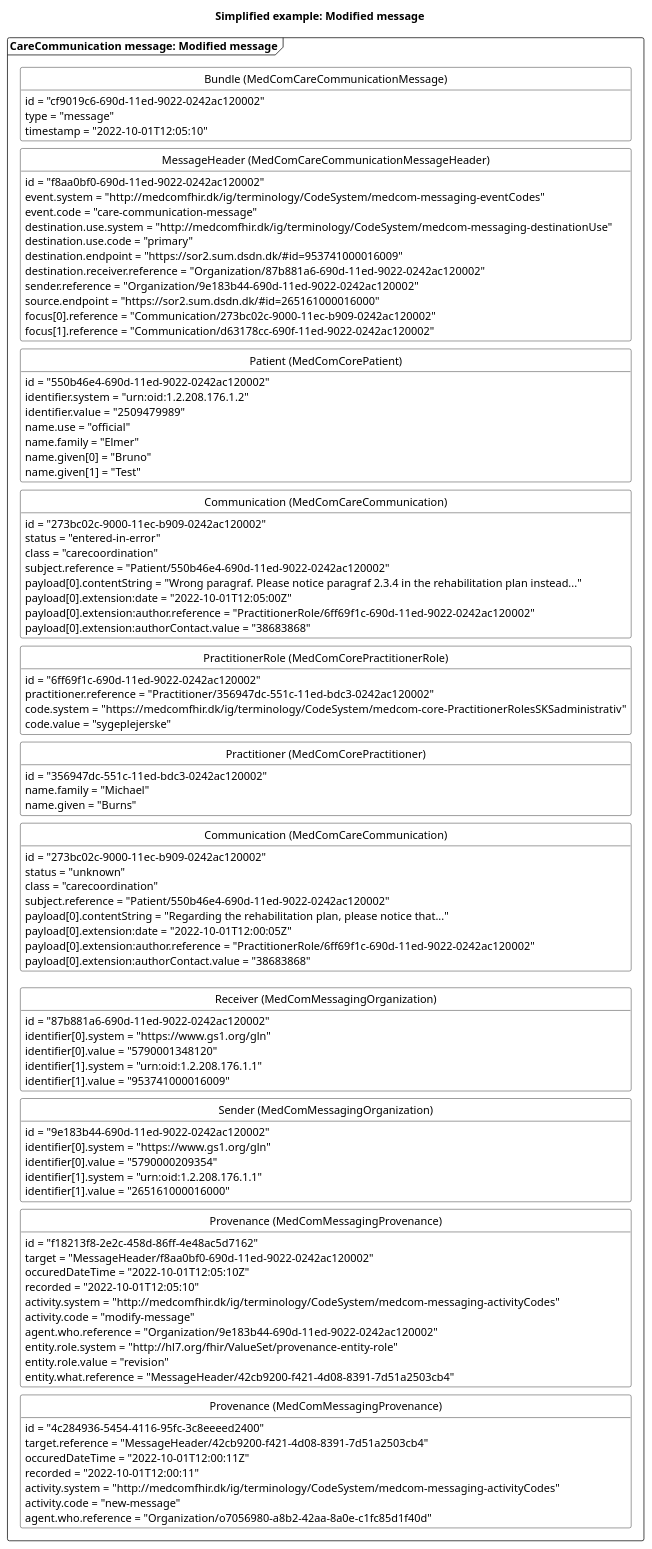
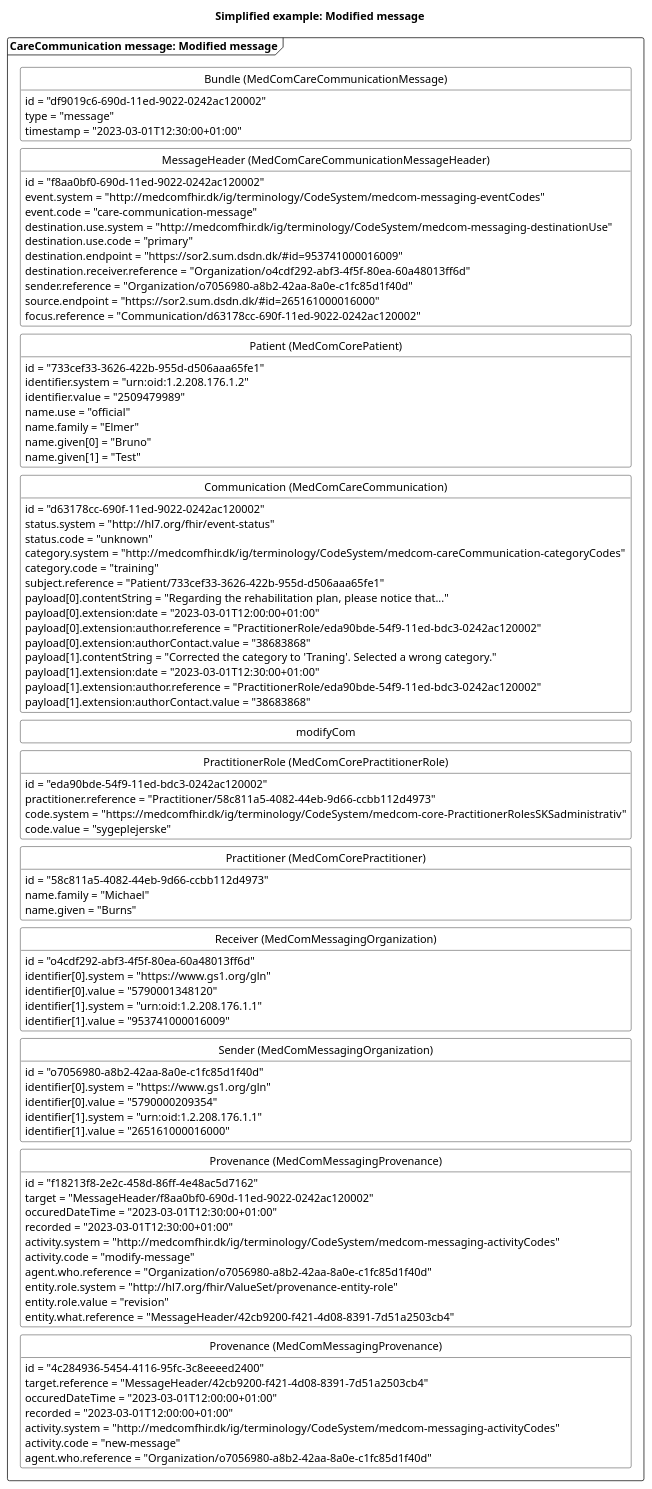
The diagram in puml/CareCommunicationNewMessageModify.puml (medcomdk/dk-medcom-carecommunication), drawn with PlantUML before and after one commit. The commit also changed 26 other files, not shown here.

```diff
--- a/puml/CareCommunicationNewMessageModify.puml
+++ b/puml/CareCommunicationNewMessageModify.puml
@@ -1,126 +1,121 @@
 @startuml CCmodifyMessage
 
 'layout
 skinparam class {
     BackgroundColor White
     BorderColor Black
     ArrowColor Black
   }
 hide circle
 hide empty members
 skinparam SameClassWidth true
 skinparam Ranksep 10
 
 
 'title
 title Simplified example: Modified message
 
 'Message 1: modify message
 package "CareCommunication message: Modified message" as modify <<Frame>>{
     class "Bundle (MedComCareCommunicationMessage)" as modifyB {
-        id = "cf9019c6-690d-11ed-9022-0242ac120002"
+        id = "df9019c6-690d-11ed-9022-0242ac120002"
         type = "message"
-        timestamp = "2022-10-01T12:05:10"
+        timestamp = "2023-03-01T12:30:00+01:00"
     }
     class "MessageHeader (MedComCareCommunicationMessageHeader)" as modifyMH{
         id = "f8aa0bf0-690d-11ed-9022-0242ac120002"
         event.system = "http://medcomfhir.dk/ig/terminology/CodeSystem/medcom-messaging-eventCodes"
         event.code = "care-communication-message"
         destination.use.system = "http://medcomfhir.dk/ig/terminology/CodeSystem/medcom-messaging-destinationUse"
         destination.use.code = "primary"
         destination.endpoint = "https://sor2.sum.dsdn.dk/#id=953741000016009"
-        destination.receiver.reference = "Organization/87b881a6-690d-11ed-9022-0242ac120002"
-        sender.reference = "Organization/9e183b44-690d-11ed-9022-0242ac120002"
+        destination.receiver.reference = "Organization/o4cdf292-abf3-4f5f-80ea-60a48013ff6d"
+        sender.reference = "Organization/o7056980-a8b2-42aa-8a0e-c1fc85d1f40d"
         source.endpoint = "https://sor2.sum.dsdn.dk/#id=265161000016000"
-        focus[0].reference = "Communication/273bc02c-9000-11ec-b909-0242ac120002"
-        focus[1].reference = "Communication/d63178cc-690f-11ed-9022-0242ac120002"
+        focus.reference = "Communication/d63178cc-690f-11ed-9022-0242ac120002"
     }
     class "Patient (MedComCorePatient)" as modifyPT{
-        id = "550b46e4-690d-11ed-9022-0242ac120002"
+        id = "733cef33-3626-422b-955d-d506aaa65fe1"
         identifier.system = "urn:oid:1.2.208.176.1.2"
         identifier.value = "2509479989"
         name.use = "official"
         name.family = "Elmer"
         name.given[0] = "Bruno"
         name.given[1] = "Test"
     }
-    class "Communication (MedComCareCommunication)" as modifyCom{
-        id = "273bc02c-9000-11ec-b909-0242ac120002"
-        status = "entered-in-error"
-        class = "carecoordination"
-        subject.reference = "Patient/550b46e4-690d-11ed-9022-0242ac120002"
-        payload[0].contentString = "Wrong paragraf. Please notice paragraf 2.3.4 in the rehabilitation plan instead..."
-        payload[0].extension:date = "2022-10-01T12:05:00Z"
-        payload[0].extension:author.reference = "PractitionerRole/6ff69f1c-690d-11ed-9022-0242ac120002"
+    class "Communication (MedComCareCommunication)" as newCom{
+        id = "d63178cc-690f-11ed-9022-0242ac120002"
+        status.system = "http://hl7.org/fhir/event-status" 
+        status.code = "unknown"
+        category.system = "http://medcomfhir.dk/ig/terminology/CodeSystem/medcom-careCommunication-categoryCodes"
+        category.code = "training"
+        subject.reference = "Patient/733cef33-3626-422b-955d-d506aaa65fe1"
+        payload[0].contentString = "Regarding the rehabilitation plan, please notice that..."
+        payload[0].extension:date = "2023-03-01T12:00:00+01:00"
+        payload[0].extension:author.reference = "PractitionerRole/eda90bde-54f9-11ed-bdc3-0242ac120002"
         payload[0].extension:authorContact.value = "38683868"
+        payload[1].contentString = "Corrected the category to 'Traning'. Selected a wrong category."
+        payload[1].extension:date = "2023-03-01T12:30:00+01:00"
+        payload[1].extension:author.reference = "PractitionerRole/eda90bde-54f9-11ed-bdc3-0242ac120002"
+        payload[1].extension:authorContact.value = "38683868"
     }
     class "PractitionerRole (MedComCorePractitionerRole)" as modifyPracR{
-        id = "6ff69f1c-690d-11ed-9022-0242ac120002"
-        practitioner.reference = "Practitioner/356947dc-551c-11ed-bdc3-0242ac120002"
+        id = "eda90bde-54f9-11ed-bdc3-0242ac120002"
+        practitioner.reference = "Practitioner/58c811a5-4082-44eb-9d66-ccbb112d4973"
         code.system = "https://medcomfhir.dk/ig/terminology/CodeSystem/medcom-core-PractitionerRolesSKSadministrativ"
         code.value = "sygeplejerske"
     }
     class "Practitioner (MedComCorePractitioner)" as modifyPrac{
-        id = "356947dc-551c-11ed-bdc3-0242ac120002"
+        id = "58c811a5-4082-44eb-9d66-ccbb112d4973"
         name.family = "Michael"
         name.given = "Burns"
     }
-    class "Communication (MedComCareCommunication)" as newCom{
-        id = "273bc02c-9000-11ec-b909-0242ac120002"
-        status = "unknown"
-        class = "carecoordination"
-        subject.reference = "Patient/550b46e4-690d-11ed-9022-0242ac120002"
-        payload[0].contentString = "Regarding the rehabilitation plan, please notice that..."
-        payload[0].extension:date = "2022-10-01T12:00:05Z"
-        payload[0].extension:author.reference = "PractitionerRole/6ff69f1c-690d-11ed-9022-0242ac120002"
-        payload[0].extension:authorContact.value = "38683868"
-    }
     class "Receiver (MedComMessagingOrganization)" as modifyROrg{
-        id = "87b881a6-690d-11ed-9022-0242ac120002"
+        id = "o4cdf292-abf3-4f5f-80ea-60a48013ff6d"
         identifier[0].system = "https://www.gs1.org/gln"
         identifier[0].value = "5790001348120"
         identifier[1].system = "urn:oid:1.2.208.176.1.1"
         identifier[1].value = "953741000016009"
     }
     class "Sender (MedComMessagingOrganization)" as modifySOrg{
-        id = "9e183b44-690d-11ed-9022-0242ac120002"
+        id = "o7056980-a8b2-42aa-8a0e-c1fc85d1f40d"
         identifier[0].system = "https://www.gs1.org/gln"
         identifier[0].value = "5790000209354"
         identifier[1].system = "urn:oid:1.2.208.176.1.1"
         identifier[1].value = "265161000016000"
     }
     class "Provenance (MedComMessagingProvenance)" as modifyPRO{
         id = "f18213f8-2e2c-458d-86ff-4e48ac5d7162"
         target = "MessageHeader/f8aa0bf0-690d-11ed-9022-0242ac120002"
-        occuredDateTime = "2022-10-01T12:05:10Z"
-        recorded = "2022-10-01T12:05:10"
+        occuredDateTime = "2023-03-01T12:30:00+01:00"
+        recorded = "2023-03-01T12:30:00+01:00"
         activity.system = "http://medcomfhir.dk/ig/terminology/CodeSystem/medcom-messaging-activityCodes"
         activity.code = "modify-message"
-        agent.who.reference = "Organization/9e183b44-690d-11ed-9022-0242ac120002"
+        agent.who.reference = "Organization/o7056980-a8b2-42aa-8a0e-c1fc85d1f40d"
         entity.role.system = "http://hl7.org/fhir/ValueSet/provenance-entity-role"
         entity.role.value = "revision"
         entity.what.reference = "MessageHeader/42cb9200-f421-4d08-8391-7d51a2503cb4"
     }
     class "Provenance (MedComMessagingProvenance)" as newPRO{
         id = "4c284936-5454-4116-95fc-3c8eeeed2400"
         target.reference = "MessageHeader/42cb9200-f421-4d08-8391-7d51a2503cb4"
-        occuredDateTime = "2022-10-01T12:00:11Z"
-        recorded = "2022-10-01T12:00:11"
+        occuredDateTime = "2023-03-01T12:00:00+01:00"
+        recorded = "2023-03-01T12:00:00+01:00"
         activity.system = "http://medcomfhir.dk/ig/terminology/CodeSystem/medcom-messaging-activityCodes"
         activity.code = "new-message"
         agent.who.reference = "Organization/o7056980-a8b2-42aa-8a0e-c1fc85d1f40d"
     }
 
 modifyB -[hidden]- modifyMH
 modifyMH -[hidden]-modifyPT
-modifyPT-[hidden]-modifyCom
+modifyPT-[hidden]-newCom
+newCom-[hidden]-modifyCom
 modifyCom -[hidden]-modifyPracR
 modifyPracR-[hidden]-modifyPrac
-modifyPrac-[hidden]-newCom
-newCom-[hidden]--modifyROrg
+modifyPrac-[hidden]-modifyROrg
 modifyROrg-[hidden]- modifySOrg
 modifySOrg-[hidden]-modifyPRO
 modifyPRO-[hidden]-newPRO
 
 
 @enduml
```
